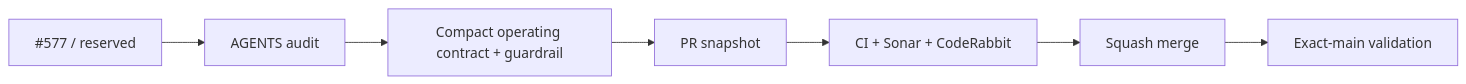
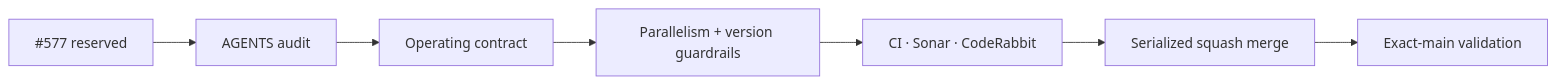
Before and after one commit to pl0n3r/brvtal: the diagram in README.md, drawn with Mermaid. The commit also changed other lines of this file and 7 other files, not shown here.

````diff
--- a/README.md
+++ b/README.md
@@ -49,9 +49,9 @@
 ```mermaid
 flowchart LR
- I["#577 / reserved"] --> A["AGENTS audit"]
- A --> C["Compact operating contract + guardrail"]
- C --> P["PR snapshot"]
- P --> G["CI + Sonar + CodeRabbit"]
- G --> M["Squash merge"]
+ I["#577 reserved"] --> A["AGENTS audit"]
+ A --> O["Operating contract"]
+ O --> P["Parallelism + version guardrails"]
+ P --> G["CI · Sonar · CodeRabbit"]
+ G --> M["Serialized squash merge"]
  M --> X["Exact-main validation"]
 ```
````
